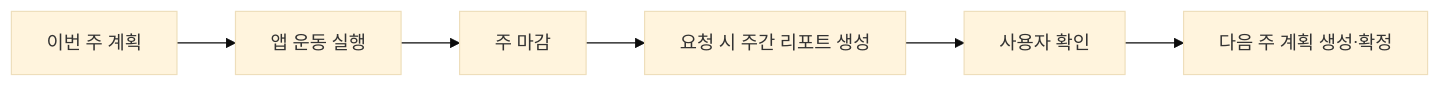
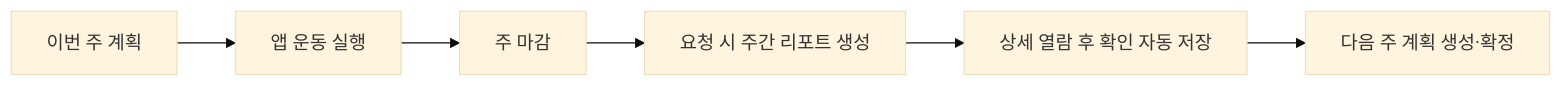
Before and after one commit to SKNETWORKS-FAMILY-AICAMP/SKN30-FINAL-5Team: the fifth of 5 diagrams in docs/ARCHITECTURE.md, drawn with Mermaid (base theme). The commit also changed other lines of this file and 6 other files, not shown here.

````diff
--- a/docs/ARCHITECTURE.md
+++ b/docs/ARCHITECTURE.md
@@ -257,8 +257,8 @@
 ```mermaid
 flowchart LR
   PLAN["이번 주 계획"] --> EXEC["앱 운동 실행"]
   EXEC --> CLOSE["주 마감"]
   CLOSE --> REPORT["요청 시 주간 리포트 생성"]
-  REPORT --> ACK["사용자 확인"]
+  REPORT --> ACK["상세 열람 후 확인 자동 저장"]
   ACK --> NEXT["다음 주 계획 생성·확정"]
 ```
````
